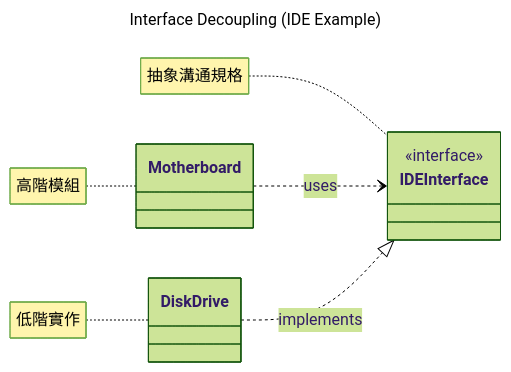
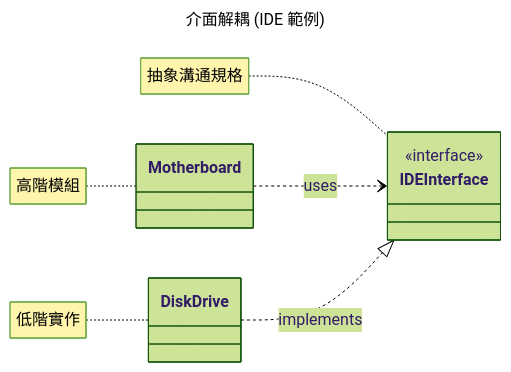
The third of 17 diagrams in Part3_Principle/ch08_oo.md (nlhsueh/teach_sw_fw), drawn with Mermaid (forest theme) before and after one commit. The commit also changed other lines of this file and 1 other file, not shown here.

Commit message:
style: translate diagram titles and notes to Chinese in ch07 and ch08

````diff
--- a/Part3_Principle/ch08_oo.md
+++ b/Part3_Principle/ch08_oo.md
@@ -143,18 +143,18 @@
 ```mermaid
 ---
-title: Interface Decoupling (IDE Example)
+title: 介面解耦 (IDE 範例)
 ---
 classDiagram
     direction LR
     class Motherboard
     class DiskDrive
     class IDEInterface {
         <<interface>>
     }
     Motherboard ..> IDEInterface : uses
     DiskDrive ..|> IDEInterface : implements
 
     note for IDEInterface "抽象溝通規格"
     note for Motherboard "高階模組"
     note for DiskDrive "低階實作"
 ```
````
